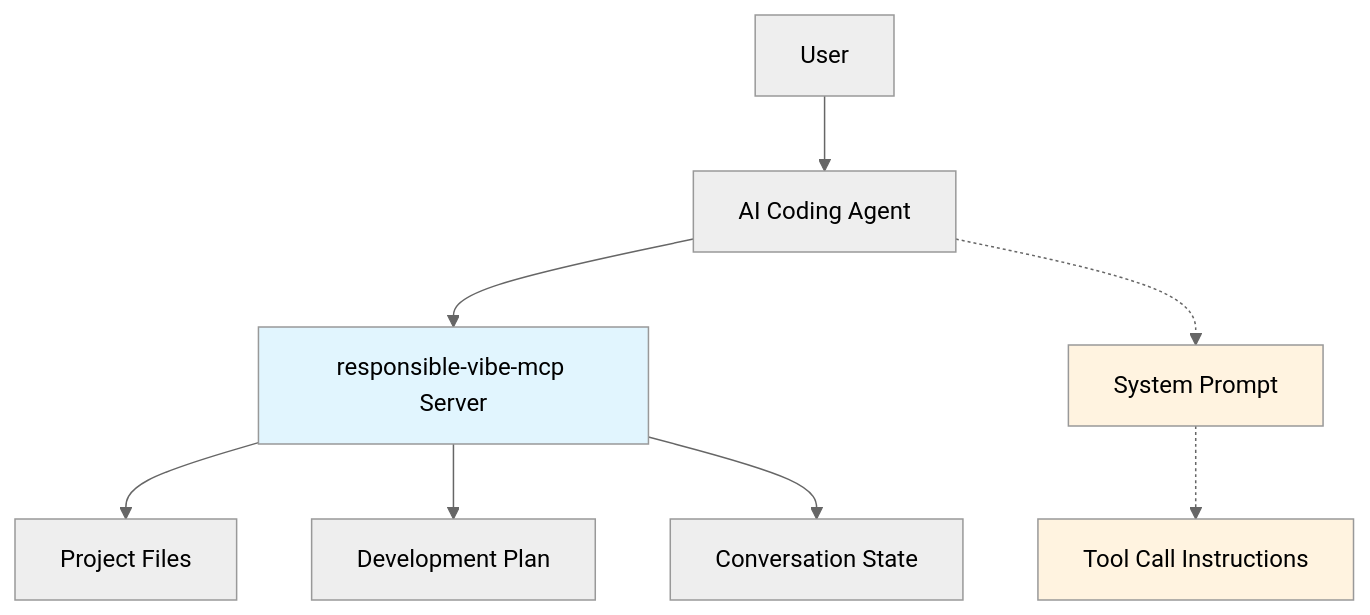
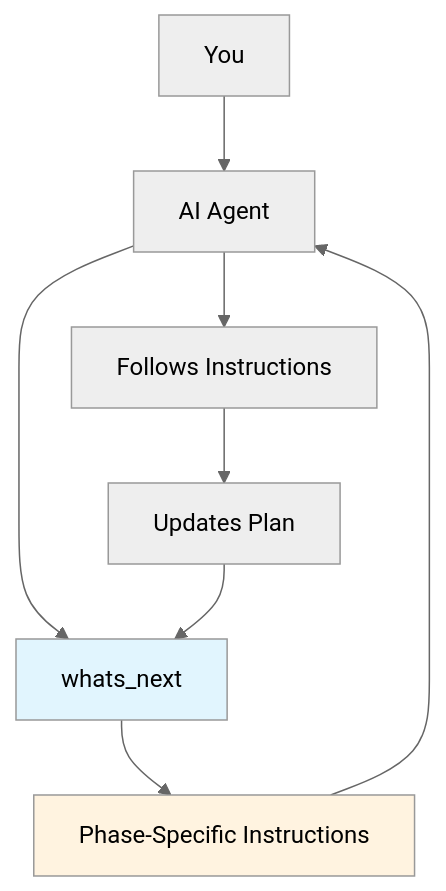
The diagram in docs/user/how-it-works.md (yovannyr/responsible-vibe-mcp), drawn with Mermaid (neutral theme) before and after one commit. The commit also changed other lines of this file and 5 other files, not shown here.

````diff
--- a/docs/user/how-it-works.md
+++ b/docs/user/how-it-works.md
@@ -13,15 +9,13 @@
 ```mermaid
 flowchart TD
-    A[User] --> B[AI Coding Agent]
-    B --> C[responsible-vibe-mcp Server]
-    C --> D[Project Files]
-    C --> E[Development Plan]
-    C --> F[Conversation State]
-
-    B -.-> G[System Prompt]
-    G -.-> H[Tool Call Instructions]
+    A[You] --> B[AI Agent]
+    B --> C[whats_next]
+    C --> E[Phase-Specific Instructions]
+    E --> B
+    B --> F[Follows Instructions]
+    F --> G[Updates Plan]
+    G --> C
 
     style C fill:#e1f5fe
-    style G fill:#fff3e0
-    style H fill:#fff3e0
+    style E fill:#fff3e0
 ```
````
